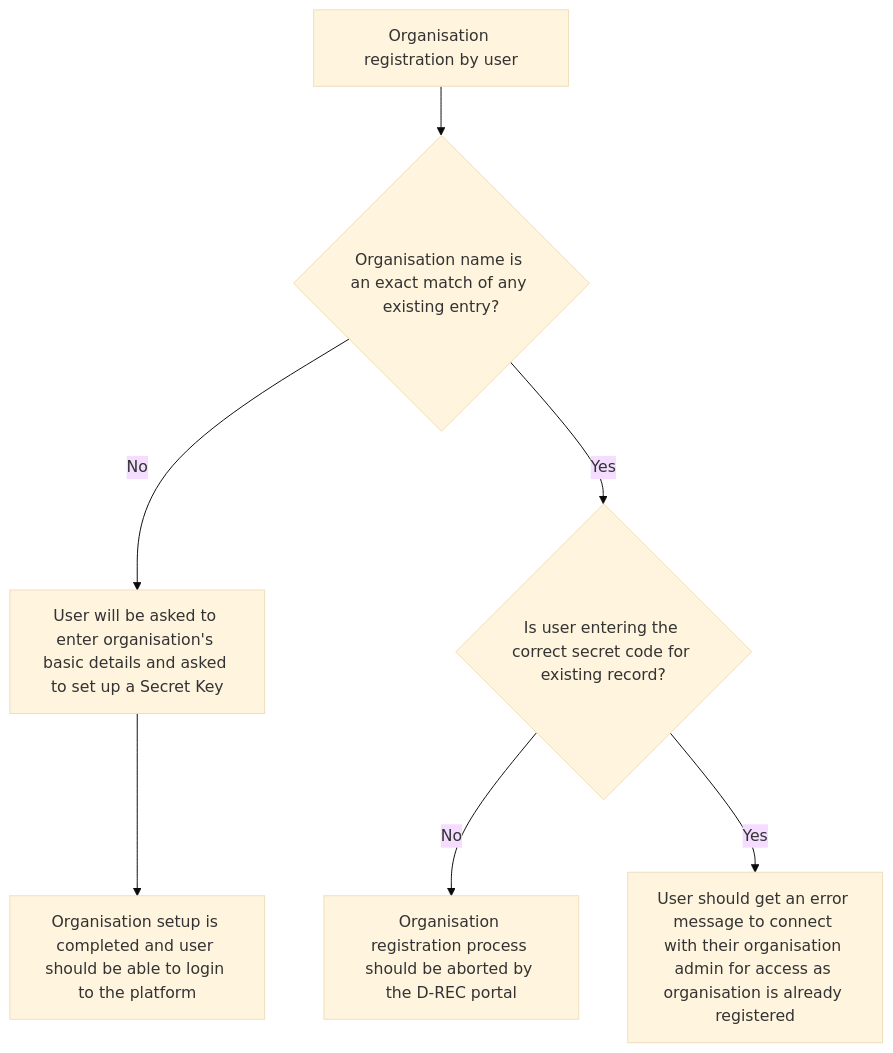
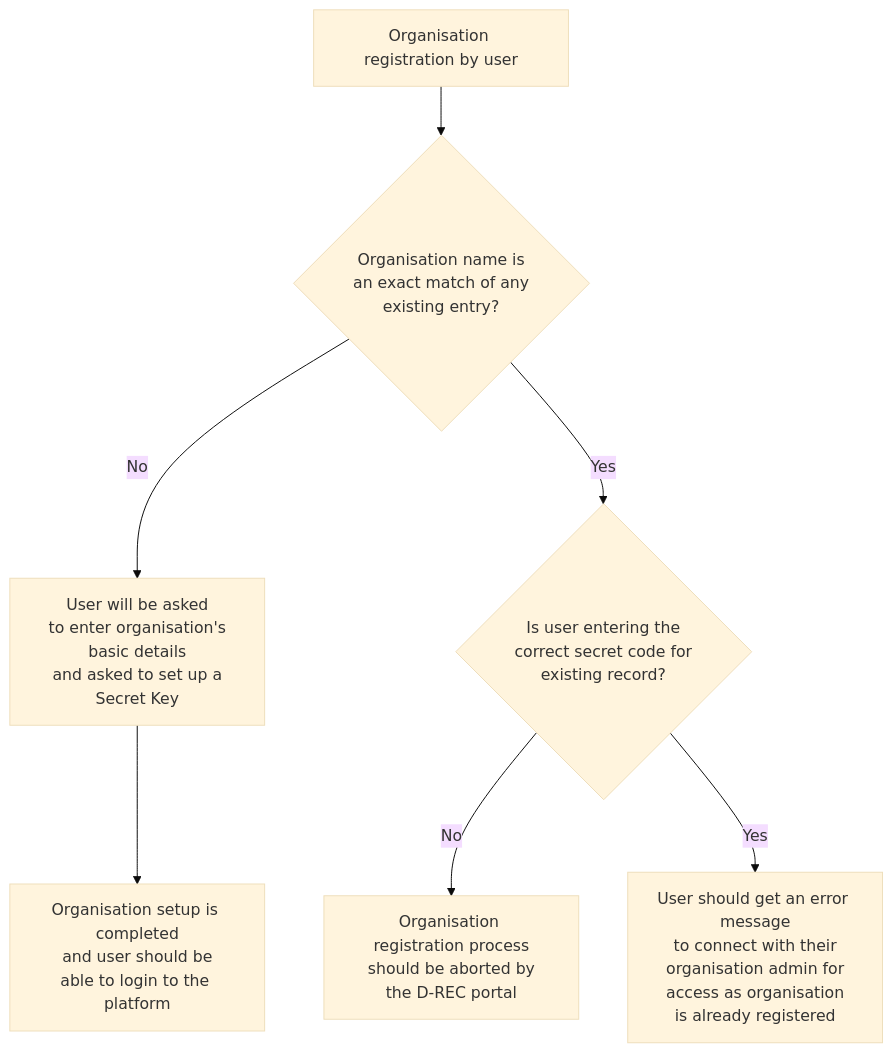
Before and after one commit to d-rec/drec-origin: the fourth of 18 diagrams in docs/dev_docs/functional-requirements.md, drawn with Mermaid (base theme). The commit also changed other lines of this file, not shown here.

````diff
--- a/docs/dev_docs/functional-requirements.md
+++ b/docs/dev_docs/functional-requirements.md
@@ -295,9 +295,9 @@
 ```mermaid
 graph TD
-  A[Organisation registration by user] --> B{Organisation name is an exact match of any existing entry?}
-  B -- No --> C[User will be asked to enter organisation's basic details and asked to set up a Secret Key]
-  C --> D[Organisation setup is completed and user should be able to login to the platform]
-  B -- Yes --> E{Is user entering the correct secret code for existing record?}
-  E -- No --> F[Organisation registration process should be aborted by the D-REC portal]
-  E -- Yes --> G[User should get an error message to connect with their organisation admin for access as organisation is already registered]
+  A[Organisation registration by user] --> B{Organisation name is\n an exact match of any existing entry?}
+  B -- No --> C[User will be asked\n to enter organisation's basic details\n and asked to set up a Secret Key]
+  C --> D[Organisation setup is completed\n and user should be able to login to the platform]
+  B -- Yes --> E{Is user entering the\n correct secret code for existing record?}
+  E -- No --> F[Organisation registration process\n should be aborted by the D-REC portal]
+  E -- Yes --> G[User should get an error message\n to connect with their organisation admin for\n access as organisation is already registered]
 ```
````
